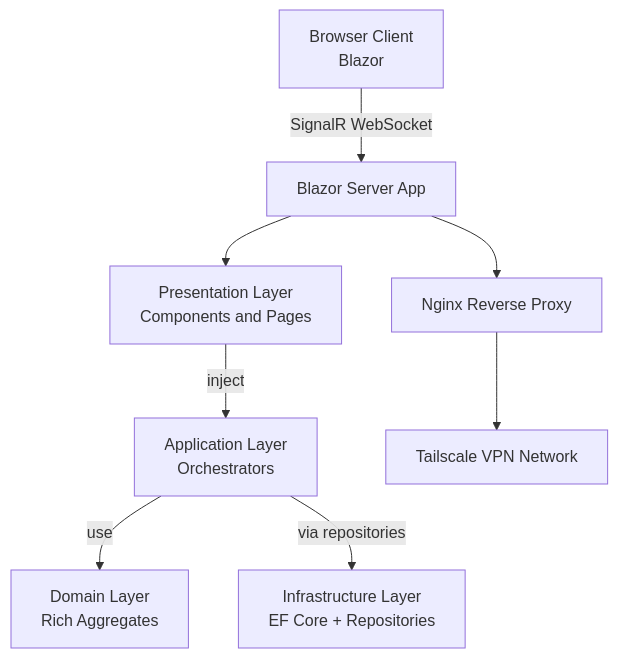
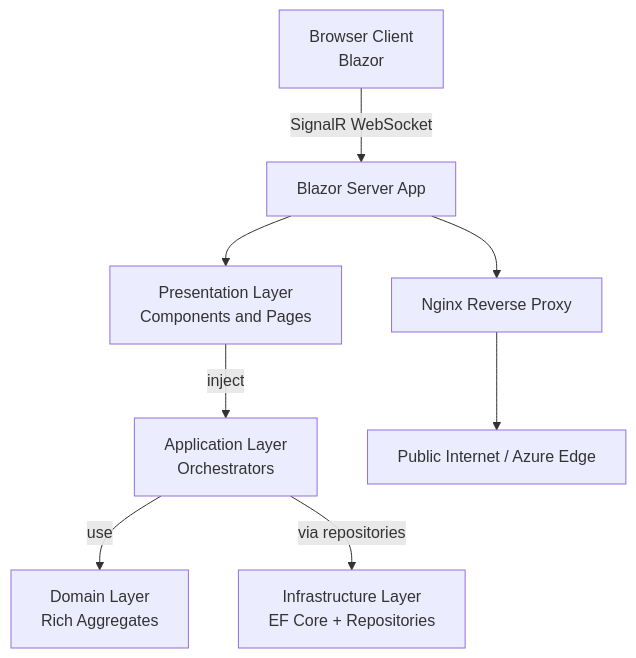
One commit to vip32/TaskFlow changed the first of 17 diagrams in docs/SYSTEMDESIGN.md. Above: the diagram before and after it, drawn with Mermaid. The commit also changed other lines of this file and 12 other files, not shown here.

````diff
--- a/docs/SYSTEMDESIGN.md
+++ b/docs/SYSTEMDESIGN.md
@@ -68,10 +68,10 @@
 ```mermaid
 flowchart TB
     Browser["Browser Client\nBlazor"] -->|"SignalR WebSocket"| Blazor["Blazor Server App"]
     Blazor --> Presentation["Presentation Layer\nComponents and Pages"]
     Presentation -->|"inject"| App["Application Layer\nOrchestrators"]
     App -->|"use"| Domain["Domain Layer\nRich Aggregates"]
     App -->|"via repositories"| Infra["Infrastructure Layer\nEF Core + Repositories"]
     Blazor --> Nginx["Nginx Reverse Proxy"]
-    Nginx --> Tailscale["Tailscale VPN Network"]
+    Nginx --> Internet["Public Internet / Azure Edge"]
 ```
````
